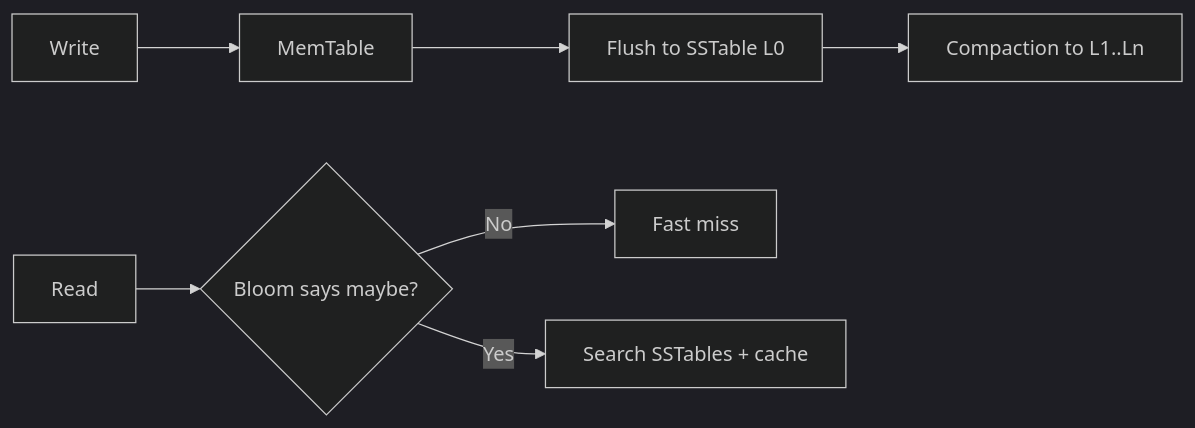
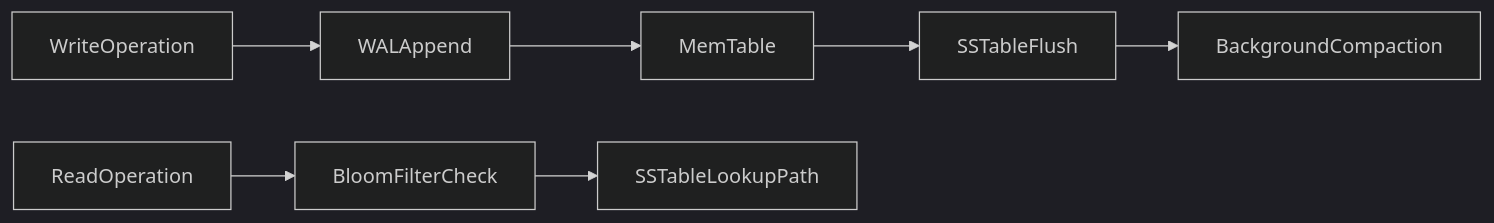
One commit to GabrielAlmeidaFlores/Senior-Software-Architect changed the diagram in database/database-masterclass/03-nosql-paradigms/01-nosql-taxonomy.md. Above: the diagram before and after it, drawn with Mermaid (dark theme). The commit also changed other lines of this file and 19 other files, not shown here.

````diff
--- a/database/database-masterclass/03-nosql-paradigms/01-nosql-taxonomy.md
+++ b/database/database-masterclass/03-nosql-paradigms/01-nosql-taxonomy.md
@@ -109,9 +89,9 @@
 ```mermaid
 flowchart LR
-    W[Write] --> M[MemTable]
-    M --> F[Flush to SSTable L0]
-    F --> C[Compaction to L1..Ln]
-    R[Read] --> B{Bloom says maybe?}
-    B -- No --> MISS[Fast miss]
-    B -- Yes --> S[Search SSTables + cache]
+    writeOp[WriteOperation] --> wal[WALAppend]
+    wal --> memtable[MemTable]
+    memtable --> sstableFlush[SSTableFlush]
+    sstableFlush --> compaction[BackgroundCompaction]
+    readOp[ReadOperation] --> bloomCheck[BloomFilterCheck]
+    bloomCheck --> lookupPath[SSTableLookupPath]
 ```
````
